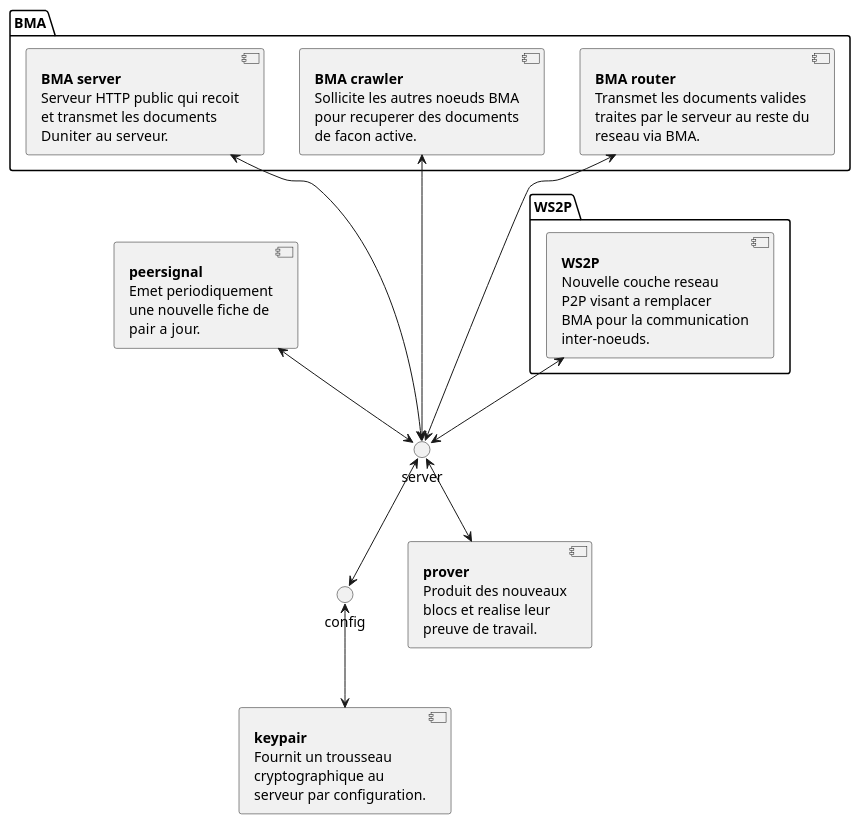
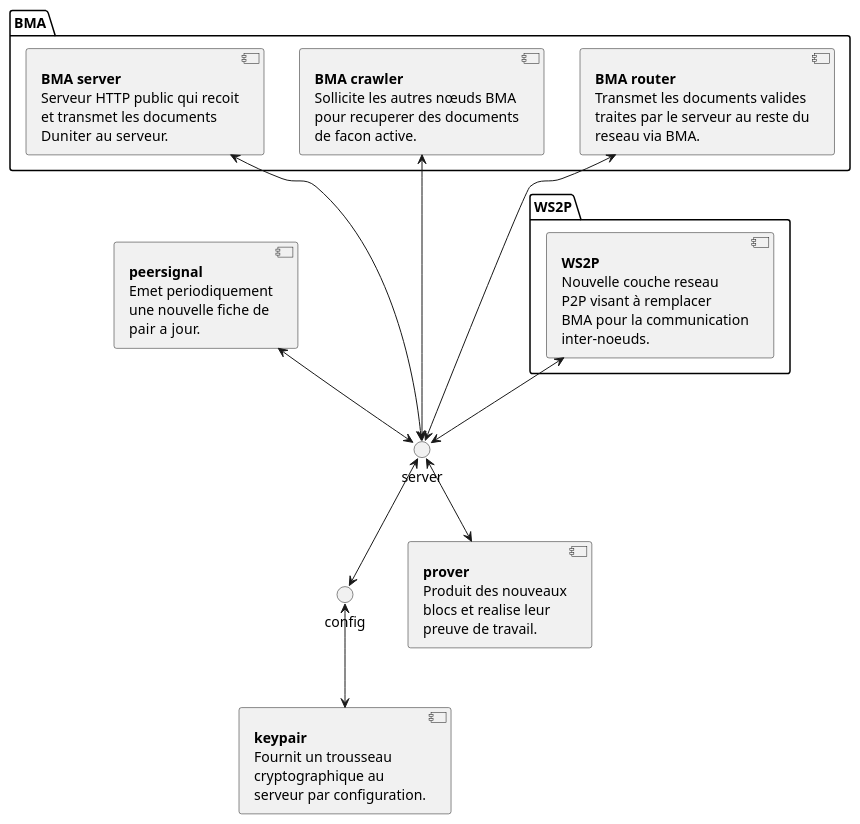
Before and after one commit to duniter/website_fr: the fourth of 8 diagrams in content/pages/wiki/duniter/tutoriel-dev/chapitre-5-architecture.md, drawn with PlantUML. The commit also changed other lines of this file and 5 other files, not shown here.

```diff
--- a/content/pages/wiki/duniter/tutoriel-dev/chapitre-5-architecture.md
+++ b/content/pages/wiki/duniter/tutoriel-dev/chapitre-5-architecture.md
@@ -361,18 +361,18 @@
 @startuml
 
 server <--> config
 config <--> [**keypair**\nFournit un trousseau\ncryptographique au\nserveur par configuration.]
 server <--> [**prover**\nProduit des nouveaux\nblocs et realise leur\npreuve de travail.]
 [**peersignal**\nEmet periodiquement\nune nouvelle fiche de\npair a jour.] <--> server
 
 package "BMA" {
   [**BMA server**\nServeur HTTP public qui recoit\net transmet les documents\nDuniter au serveur.] <---> server
-  [**BMA crawler**\nSollicite les autres noeuds BMA\npour recuperer des documents\nde facon active.] <---> server
+  [**BMA crawler**\nSollicite les autres nœuds BMA\npour recuperer des documents\nde facon active.] <---> server
   [**BMA router**\nTransmet les documents valides\ntraites par le serveur au reste du\nreseau via BMA.] <---> server
 }
 
 package "WS2P" {
-    [**WS2P**\nNouvelle couche reseau\nP2P visant a remplacer\nBMA pour la communication\ninter-noeuds.] <--> server
+    [**WS2P**\nNouvelle couche reseau\nP2P visant à remplacer\nBMA pour la communication\ninter-noeuds.] <--> server
 }
 
 @enduml
```
